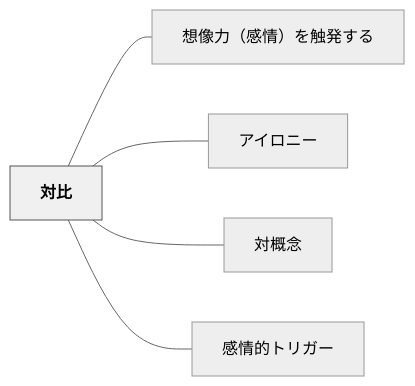
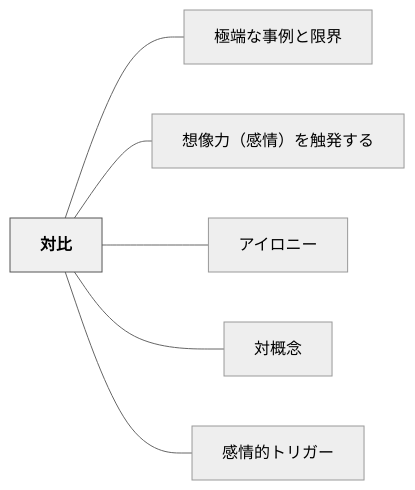
The diagram in content/パタン/対比.md (unknownthings-ed-patterns/unknownthings-ed-patterns), drawn with Mermaid (neutral theme) before and after one commit. The commit also changed other lines of this file and 473 other files, not shown here.

````diff
--- a/content/パタン/対比.md
+++ b/content/パタン/対比.md
@@ -47,16 +48,18 @@
 ```mermaid
 flowchart LR
     ne5afbee6af94["対比"]
+    ne6a5b5e7abaf["極端な事例と限界"]
     ne683b3e5838f["想像力（感情）を触発する"]
     ne382a2e382a4["アイロニー"]
     ne5afbee6a682["対概念"]
     ne6849fe68385["感情的トリガー"]
 
+    ne5afbee6af94 --- ne6a5b5e7abaf
     ne5afbee6af94 --- ne683b3e5838f
     ne5afbee6af94 --- ne382a2e382a4
     ne5afbee6af94 --- ne5afbee6a682
     ne5afbee6af94 --- ne6849fe68385
 
     classDef hub fill:#f0f0f0,stroke:#555,color:#000,font-weight:bold
     class ne5afbee6af94 hub
 ```
````
